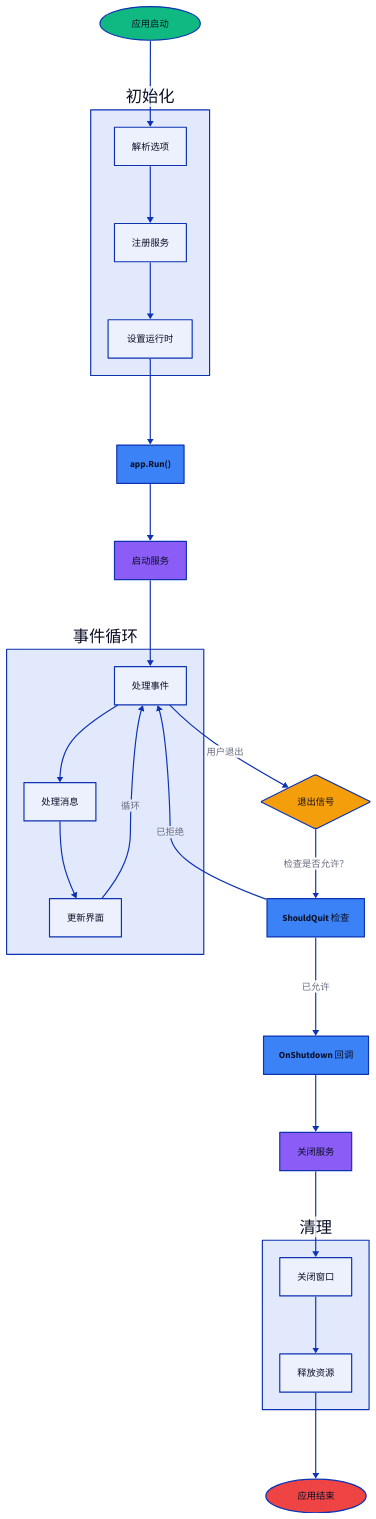
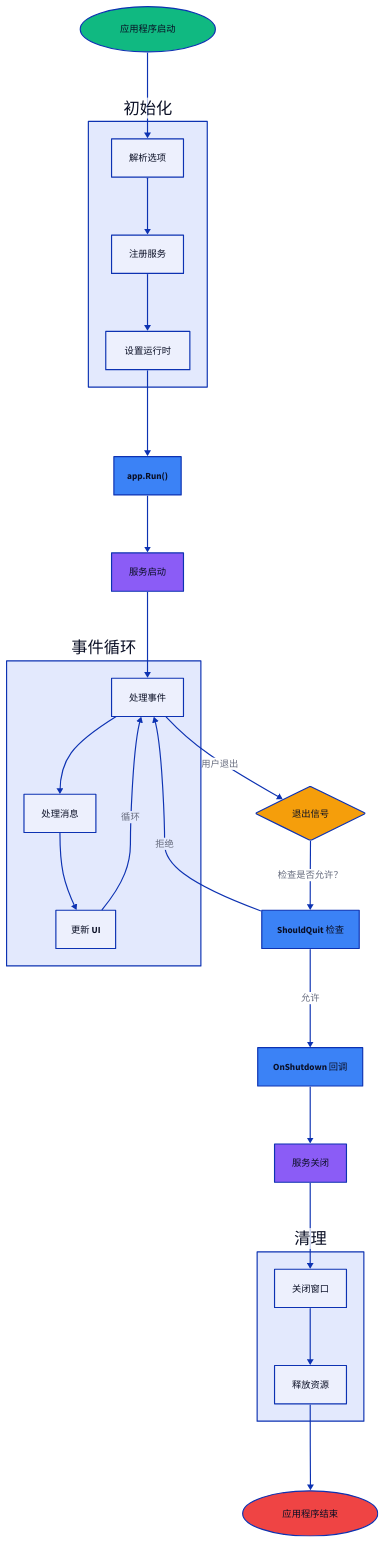
One commit to wailsapp/wails changed the first of 2 diagrams in docs/mpress/content/zh-cn/concepts/lifecycle.md. Above: the diagram before and after it, drawn with D2. The commit also changed other lines of this file and 1096 other files, not shown here.

````diff
--- a/docs/mpress/content/zh-cn/concepts/lifecycle.md
+++ b/docs/mpress/content/zh-cn/concepts/lifecycle.md
@@ -14,7 +14,7 @@
 ```d2
 direction: down
 
-Start: 应用启动 {
+Start: 应用程序启动 {
   shape: oval
   style.fill: "#10B981"
 }
@@ -36,7 +36,7 @@
   style.fill: "#3B82F6"
 }
 
-ServiceStartup: 启动服务 {
+ServiceStartup: 服务启动 {
   shape: rectangle
   style.fill: "#8B5CF6"
 }
@@ -48,7 +48,7 @@
   Handle: 处理消息 {
     shape: rectangle
   }
-  Update: 更新界面 {
+  Update: 更新 UI {
     shape: rectangle
   }
 }
@@ -68,7 +68,7 @@
   style.fill: "#3B82F6"
 }
 
-ServiceShutdown: 关闭服务 {
+ServiceShutdown: 服务关闭 {
   shape: rectangle
   style.fill: "#8B5CF6"
 }
@@ -82,7 +82,7 @@
   }
 }
 
-End: 应用结束 {
+End: 应用程序结束 {
   shape: oval
   style.fill: "#EF4444"
 }
@@ -98,8 +98,8 @@
 EventLoop.Update -> EventLoop.Process: 循环
 EventLoop.Process -> QuitSignal: 用户退出
 QuitSignal -> ShouldQuit: 检查是否允许？
-ShouldQuit -> EventLoop.Process: 已拒绝
-ShouldQuit -> OnShutdown: 已允许
+ShouldQuit -> EventLoop.Process: 拒绝
+ShouldQuit -> OnShutdown: 允许
 OnShutdown -> ServiceShutdown
 ServiceShutdown -> Cleanup.Close
 Cleanup.Close -> Cleanup.Release
````
